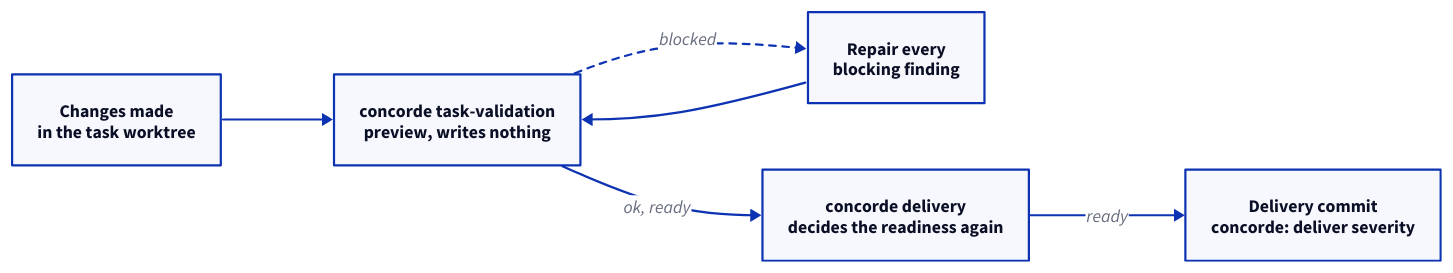
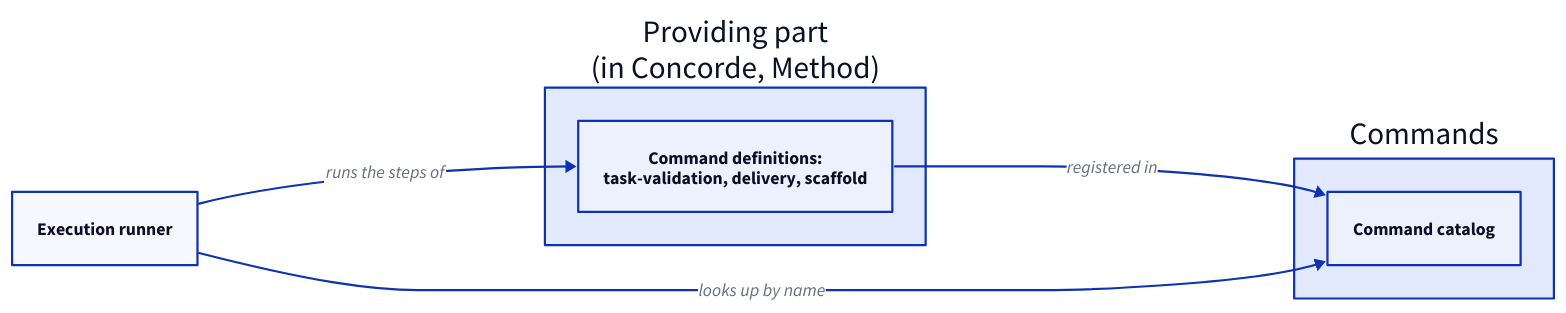
The second of 2 diagrams in specs/concorde/execution/commands/module.md (FTOD/concorde), drawn with D2 before and after one commit. The commit also changed other lines of this file and 109 other files, not shown here.

````diff
--- a/specs/concorde/execution/commands/module.md
+++ b/specs/concorde/execution/commands/module.md
@@ -106,13 +74,13 @@
 ```d2 illustrative
 direction: right
-work: "Changes made\nin the task worktree"
-validate: "concorde task-validation\npreview, writes nothing"
-repair: "Repair every\nblocking finding"
-deliver: "concorde delivery\ndecides the readiness again"
-commit: "Delivery commit\nconcorde: deliver severity"
-work -> validate
-validate -> deliver: "ok, ready"
-validate -> repair: "blocked" {style.stroke-dash: 3}
-repair -> validate
-deliver -> commit: ready
+provider: "Providing part\n(in Concorde, Method)" {
+  definition: "Command definitions:\ntask-validation, delivery, scaffold"
+}
+commands: Commands {
+  catalog: Command catalog
+}
+runner: Execution runner
+provider.definition -> commands.catalog: registered in
+runner -> commands.catalog: looks up by name
+runner -> provider.definition: runs the steps of
 ```
````
